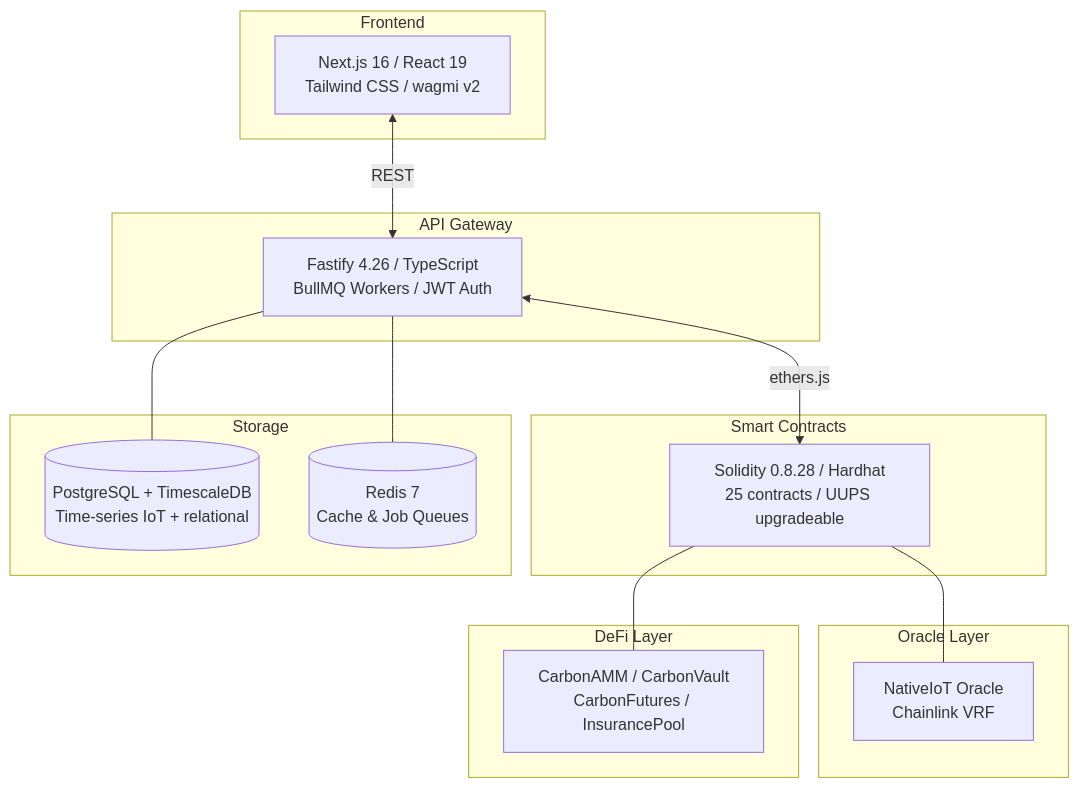
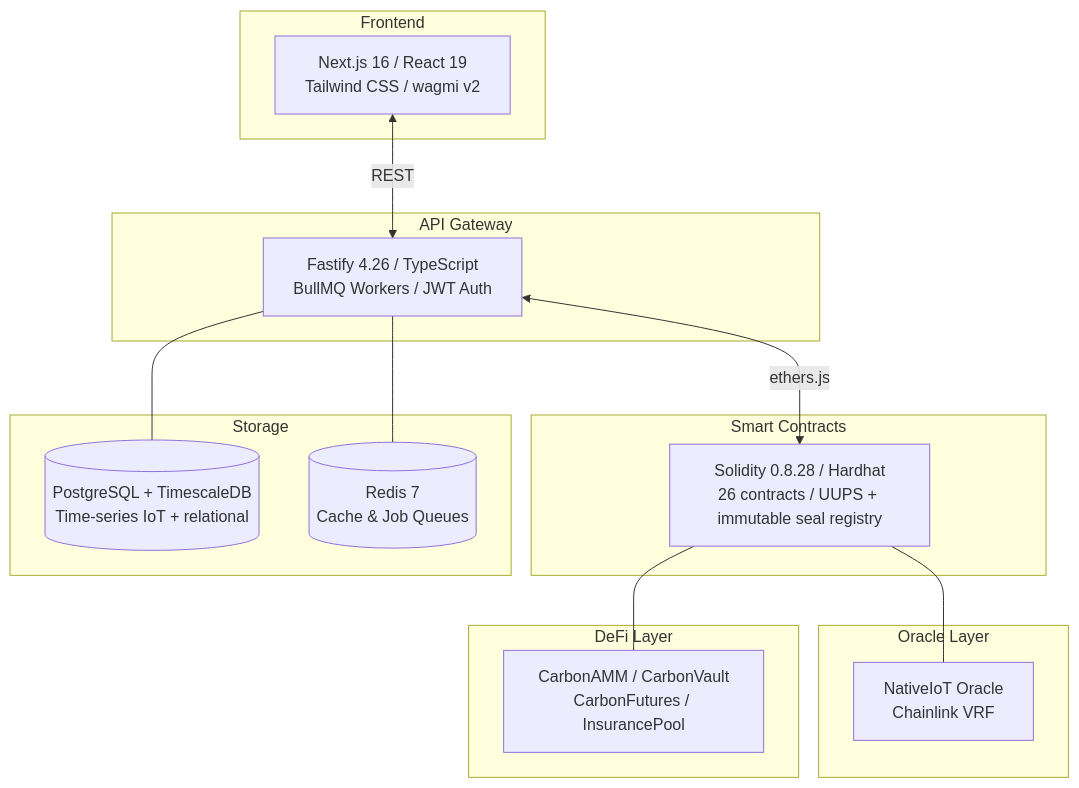
One commit to aethelred-foundation/terraqura changed the diagram in README.md. Above: the diagram before and after it, drawn with Mermaid. The commit also changed other lines of this file and 2 other files, not shown here.

````diff
--- a/README.md
+++ b/README.md
@@ -115,34 +115,34 @@
 ```mermaid
 graph TB
     subgraph Frontend
         A[Next.js 16 / React 19<br/>Tailwind CSS / wagmi v2]
     end
 
     subgraph API Gateway
         B[Fastify 4.26 / TypeScript<br/>BullMQ Workers / JWT Auth]
     end
 
     subgraph Smart Contracts
-        C[Solidity 0.8.28 / Hardhat<br/>25 contracts / UUPS upgradeable]
+        C[Solidity 0.8.28 / Hardhat<br/>26 contracts / UUPS + immutable seal registry]
     end
 
     subgraph Storage
         D[(PostgreSQL + TimescaleDB<br/>Time-series IoT + relational)]
         E[(Redis 7<br/>Cache & Job Queues)]
     end
 
     subgraph Oracle Layer
         F[NativeIoT Oracle<br/>Chainlink VRF]
     end
 
     subgraph DeFi Layer
         G[CarbonAMM / CarbonVault<br/>CarbonFutures / InsurancePool]
     end
 
     A <-->|REST| B
     B --- D
     B --- E
     B <-->|ethers.js| C
     C --- F
     C --- G
 ```
````
